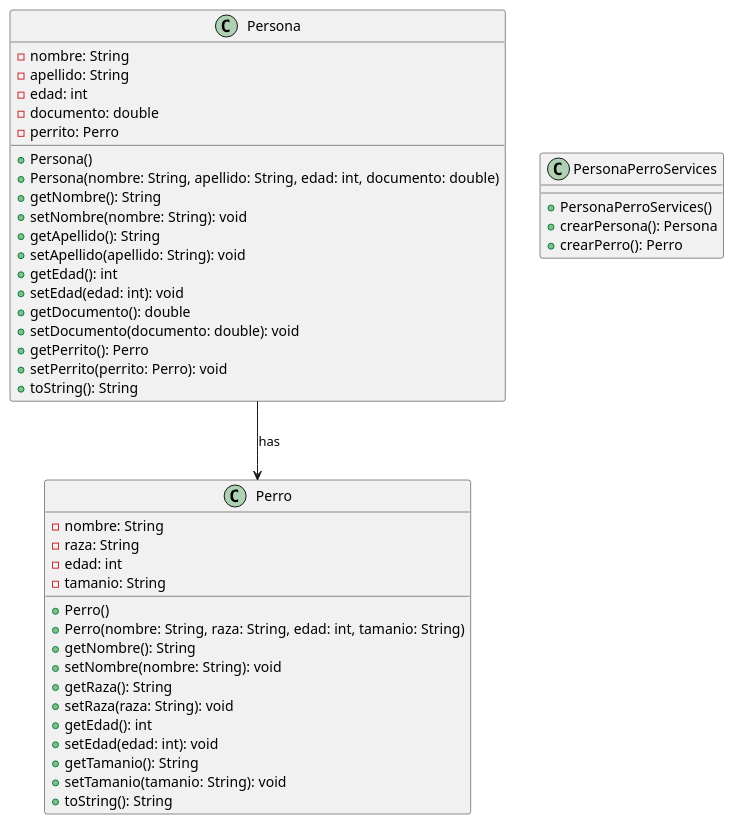
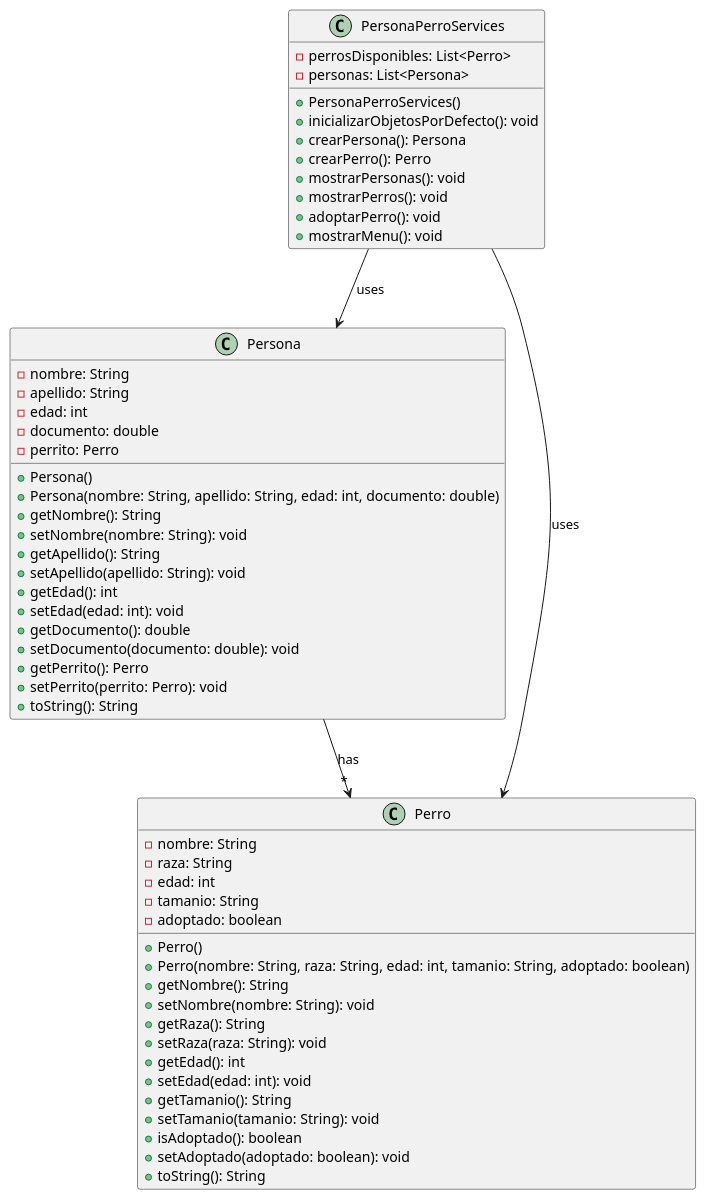
One commit to CristianEmanuelCamposFuentes/programacion-orientada-objetos changed the diagram in src/Relaciones/Ejercicios/EjercicioExtra1/EjercicioExtra1.puml. Above: the diagram before and after it, drawn with PlantUML.

Commit message:
Agregar diagrama UML

```diff
--- a/src/Relaciones/Ejercicios/EjercicioExtra1/EjercicioExtra1.puml
+++ b/src/Relaciones/Ejercicios/EjercicioExtra1/EjercicioExtra1.puml
@@ -1,50 +1,63 @@
 @startuml
 'https://plantuml.com/class-diagram
 
 class Persona {
   - nombre: String
   - apellido: String
   - edad: int
   - documento: double
   - perrito: Perro
   + Persona()
   + Persona(nombre: String, apellido: String, edad: int, documento: double)
   + getNombre(): String
   + setNombre(nombre: String): void
   + getApellido(): String
   + setApellido(apellido: String): void
   + getEdad(): int
   + setEdad(edad: int): void
   + getDocumento(): double
   + setDocumento(documento: double): void
   + getPerrito(): Perro
   + setPerrito(perrito: Perro): void
   + toString(): String
 }
 
 class Perro {
   - nombre: String
   - raza: String
   - edad: int
   - tamanio: String
+  - adoptado: boolean
   + Perro()
-  + Perro(nombre: String, raza: String, edad: int, tamanio: String)
+  + Perro(nombre: String, raza: String, edad: int, tamanio: String, adoptado: boolean)
   + getNombre(): String
   + setNombre(nombre: String): void
   + getRaza(): String
   + setRaza(raza: String): void
   + getEdad(): int
   + setEdad(edad: int): void
   + getTamanio(): String
   + setTamanio(tamanio: String): void
+  + isAdoptado(): boolean
+  + setAdoptado(adoptado: boolean): void
   + toString(): String
 }
 
 class PersonaPerroServices {
+  - perrosDisponibles: List<Perro>
+  - personas: List<Persona>
   + PersonaPerroServices()
+  + inicializarObjetosPorDefecto(): void
   + crearPersona(): Persona
   + crearPerro(): Perro
+  + mostrarPersonas(): void
+  + mostrarPerros(): void
+  + adoptarPerro(): void
+  + mostrarMenu(): void
 }
 
-Persona --> Perro: has
+Persona --> "*" Perro: has
+PersonaPerroServices --> Persona: uses
+PersonaPerroServices --> Perro: uses
+
 @enduml
```
